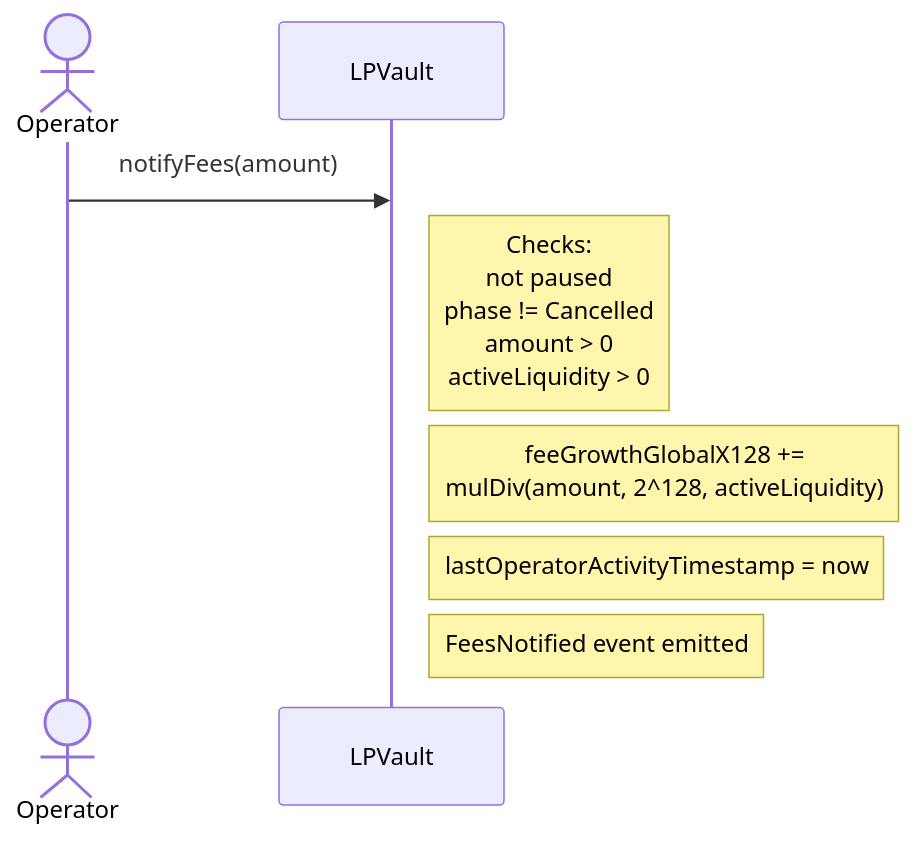
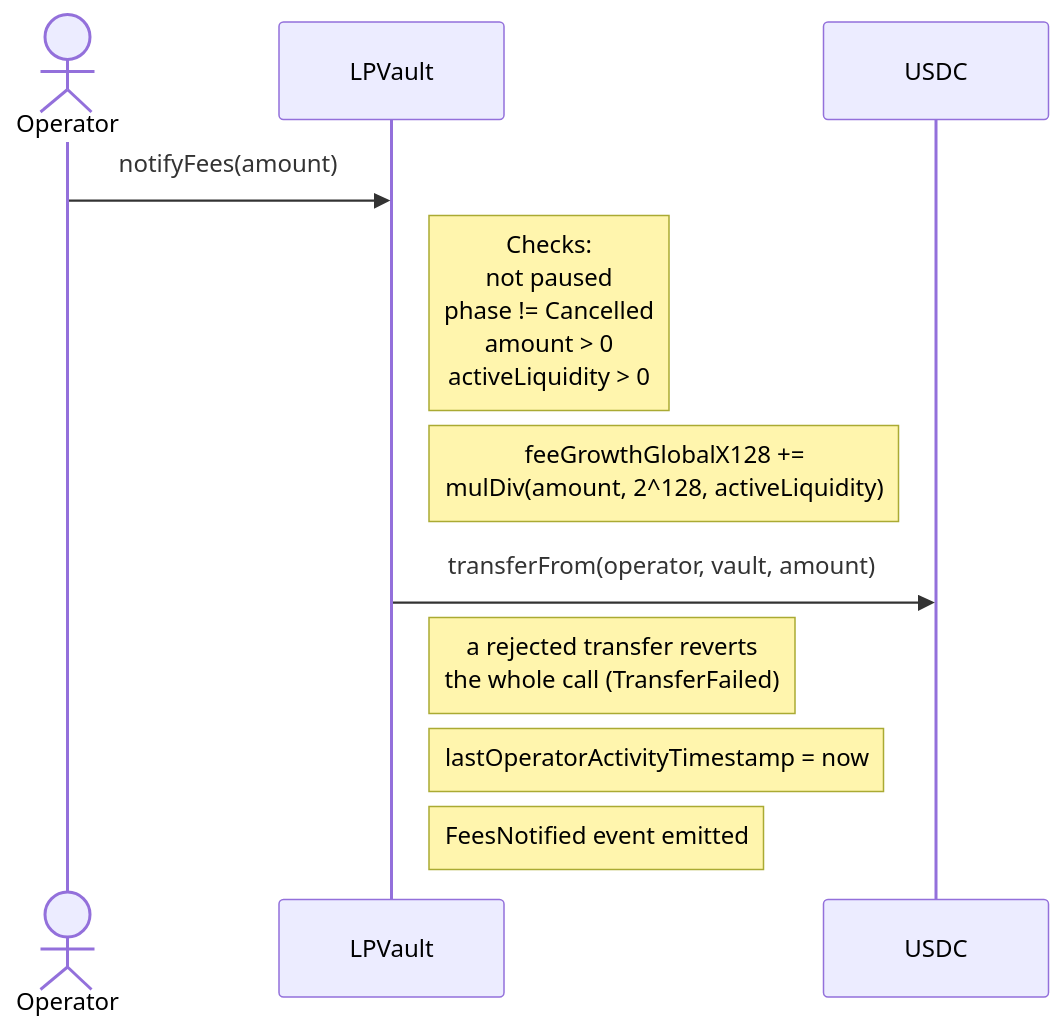
One commit to ProphetMarket/lp-vaults changed the eighth of 28 diagrams in REFERENCE.md. Above: the diagram before and after it, drawn with Mermaid. The commit also changed other lines of this file and 3 other files, not shown here.

````diff
--- a/REFERENCE.md
+++ b/REFERENCE.md
@@ -440,11 +440,14 @@
 ```mermaid
 sequenceDiagram
     actor Operator
     participant Vault as LPVault
+    participant USDC
 
     Operator->>Vault: notifyFees(amount)
     Note right of Vault: Checks:<br/>not paused<br/>phase != Cancelled<br/>amount > 0<br/>activeLiquidity > 0
     Note right of Vault: feeGrowthGlobalX128 +=<br/>mulDiv(amount, 2^128, activeLiquidity)
+    Vault->>USDC: transferFrom(operator, vault, amount)
+    Note right of Vault: a rejected transfer reverts<br/>the whole call (TransferFailed)
     Note right of Vault: lastOperatorActivityTimestamp = now
     Note right of Vault: FeesNotified event emitted
 ```
````
